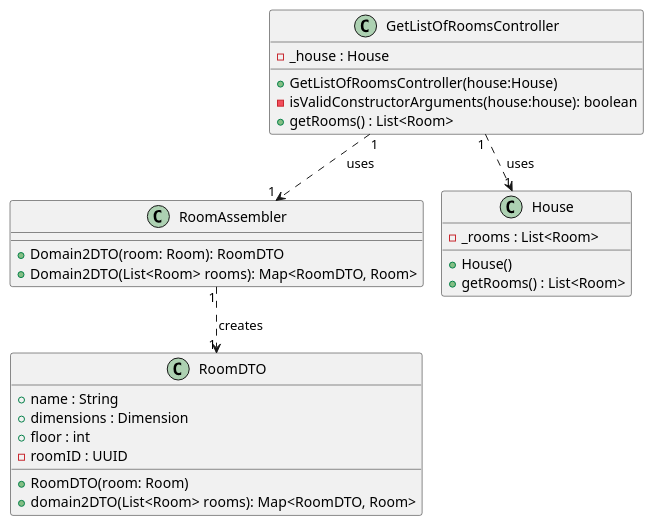
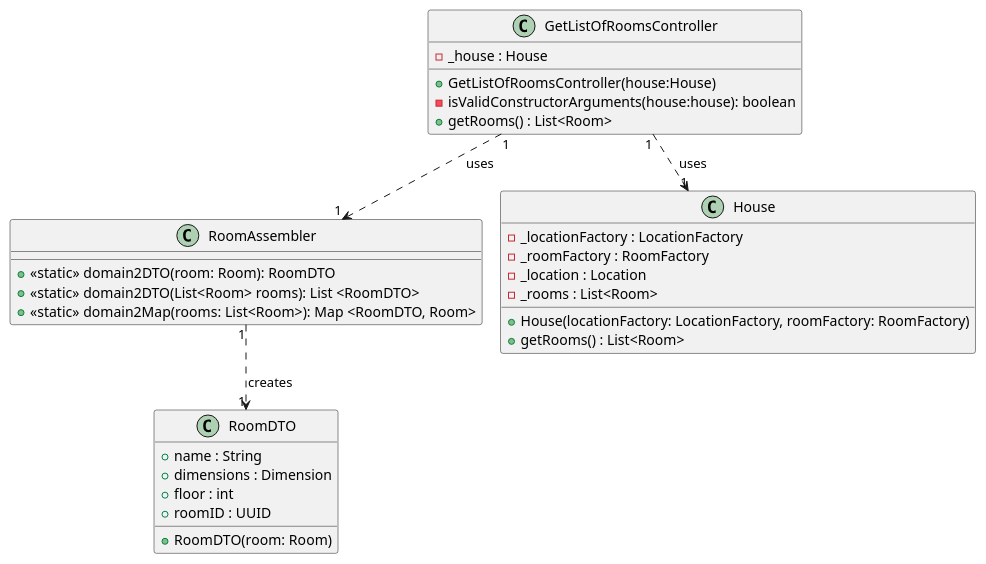
The diagram in docs/ood/classDiagram/US03GetListOfRooms.puml (olivDiogo/SmartHome), drawn with PlantUML before and after one commit.

Commit message:
#38 - Refactoring (class diagram + Sequence Diagram)

```diff
--- a/docs/ood/classDiagram/US03GetListOfRooms.puml
+++ b/docs/ood/classDiagram/US03GetListOfRooms.puml
@@ -1,48 +1,51 @@
 @startuml
 'https://plantuml.com/class-diagram
 !pragma layout smetana
 
 
 class GetListOfRoomsController {
 'Attributes'
 -_house : House
 
 'Methods'
 +GetListOfRoomsController(house:House)
 -isValidConstructorArguments(house:house): boolean
 +getRooms() : List<Room>
 }
 
 class RoomAssembler{
 
 'Methods'
-+ Domain2DTO(room: Room): RoomDTO
-+ Domain2DTO(List<Room> rooms): Map<RoomDTO, Room>
++ <<static>> domain2DTO(room: Room): RoomDTO
++ <<static>> domain2DTO(List<Room> rooms): List <RoomDTO>
++ <<static>> domain2Map(rooms: List<Room>): Map <RoomDTO, Room>
 }
 
 class House {
 'Attributes'
--_rooms : List<Room>
+- _locationFactory : LocationFactory
+- _roomFactory : RoomFactory
+- _location : Location
+- _rooms : List<Room>
 
 'Methods'
-+House()
++House(locationFactory: LocationFactory, roomFactory: RoomFactory)
 +getRooms() : List<Room>
 }
 
 class RoomDTO {
 'Attributes'
 +name : String
 +dimensions : Dimension
 +floor : int
--roomID : UUID
++roomID : UUID
 
 'Methods'
 +RoomDTO(room: Room)
-+domain2DTO(List<Room> rooms): Map<RoomDTO, Room>
 }
 
 GetListOfRoomsController "1" ..> "1" House : uses
 RoomAssembler "1" ..> "1" RoomDTO : creates
 GetListOfRoomsController "1" ..> "1" RoomAssembler : uses
 
 @enduml
```
